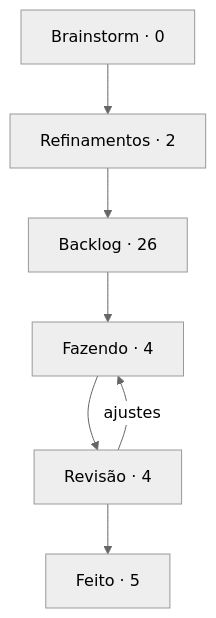
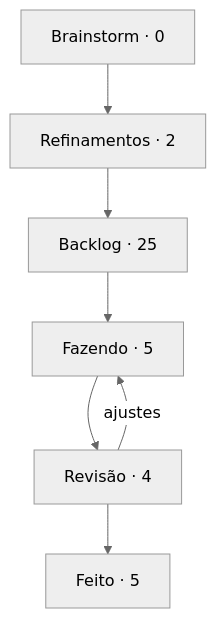
Before and after one commit to StudioVibi/VibiKanban: the diagram in boards/dungeon-bend/BOARD.md, drawn with Mermaid (neutral theme). The commit also changed other lines of this file and 1 other file, not shown here.

Commit message:
board: DB-48 Backlog → Fazendo (@oootavio)

````diff
--- a/boards/dungeon-bend/BOARD.md
+++ b/boards/dungeon-bend/BOARD.md
@@ -5,12 +5,12 @@
 ```mermaid
 flowchart TD
   brainstorm["Brainstorm · 0"] --> refinamentos["Refinamentos · 2"]
-  refinamentos --> backlog["Backlog · 26"]
-  backlog --> doing["Fazendo · 4"]
+  refinamentos --> backlog["Backlog · 25"]
+  backlog --> doing["Fazendo · 5"]
   doing --> review["Revisão · 4"]
   review --> done["Feito · 5"]
   review -->|ajustes| doing
   doing:::blue
   review:::yellow
   done:::green
 ```
````
